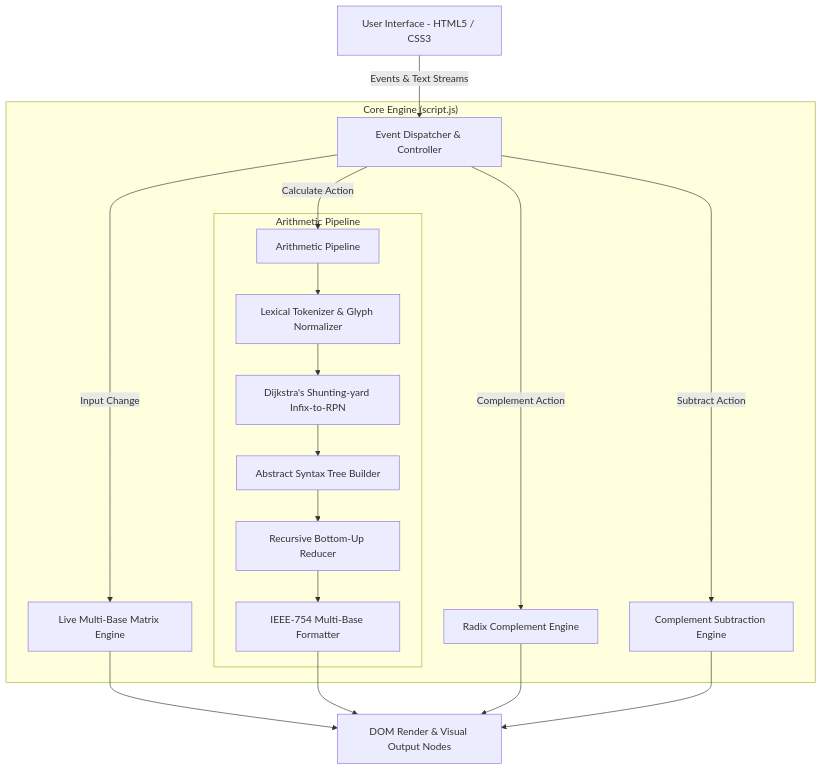
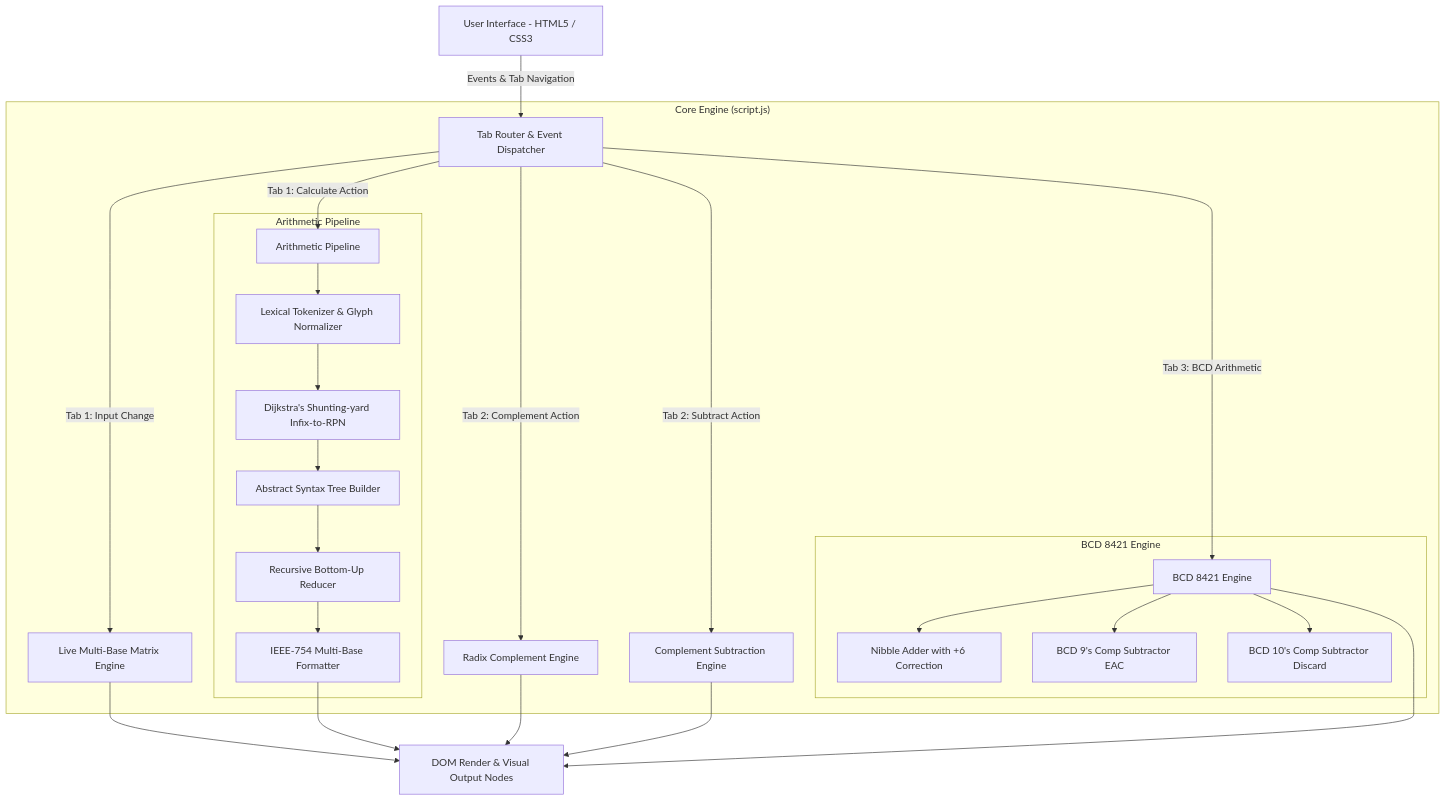
The diagram in docs/SYSTEM_REQUIREMENTS.md (Lyduke56/cpe463-number-system-converter), drawn with Mermaid before and after one commit. The commit also changed other lines of this file and 3 other files, not shown here.

Commit message:
docs: update flowcharts, pseudocode, SRS, and README for BCD arithmetic and tabbed navigation (Phase 4)

````diff
--- a/docs/SYSTEM_REQUIREMENTS.md
+++ b/docs/SYSTEM_REQUIREMENTS.md
@@ -49,24 +51,32 @@
 ```mermaid
 graph TD
-    UI[User Interface - HTML5 / CSS3] -->|Events & Text Streams| Dispatcher[Event Dispatcher & Controller]
+    UI[User Interface - HTML5 / CSS3] -->|Events & Tab Navigation| Dispatcher[Tab Router & Event Dispatcher]
     
     subgraph "Core Engine (script.js)"
-        Dispatcher -->|Input Change| LiveConv[Live Multi-Base Matrix Engine]
-        Dispatcher -->|Calculate Action| Pipeline[Arithmetic Pipeline]
-        Dispatcher -->|Complement Action| CompEngine[Radix Complement Engine]
-        Dispatcher -->|Subtract Action| SubEngine[Complement Subtraction Engine]
+        Dispatcher -->|Tab 1: Input Change| LiveConv[Live Multi-Base Matrix Engine]
+        Dispatcher -->|Tab 1: Calculate Action| Pipeline[Arithmetic Pipeline]
+        Dispatcher -->|Tab 2: Complement Action| CompEngine[Radix Complement Engine]
+        Dispatcher -->|Tab 2: Subtract Action| SubEngine[Complement Subtraction Engine]
+        Dispatcher -->|Tab 3: BCD Arithmetic| BCDEngine[BCD 8421 Engine]
 
         subgraph "Arithmetic Pipeline"
             Pipeline --> Tokenizer[Lexical Tokenizer & Glyph Normalizer]
             Tokenizer --> ShuntingYard[Dijkstra's Shunting-yard Infix-to-RPN]
             ShuntingYard --> ASTBuilder[Abstract Syntax Tree Builder]
             ASTBuilder --> StepReducer[Recursive Bottom-Up Reducer]
             StepReducer --> BaseFormatter[IEEE-754 Multi-Base Formatter]
         end
+
+        subgraph "BCD 8421 Engine"
+            BCDEngine --> BCDAdder[Nibble Adder with +6 Correction]
+            BCDEngine --> BCDComp9[BCD 9's Comp Subtractor EAC]
+            BCDEngine --> BCDComp10[BCD 10's Comp Subtractor Discard]
+        end
     end
 
     LiveConv --> DOMOutput[DOM Render & Visual Output Nodes]
     BaseFormatter --> DOMOutput
     CompEngine --> DOMOutput
     SubEngine --> DOMOutput
+    BCDEngine --> DOMOutput
 ```
````
